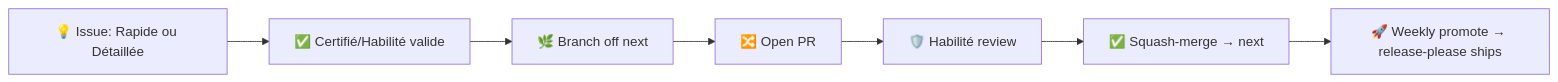
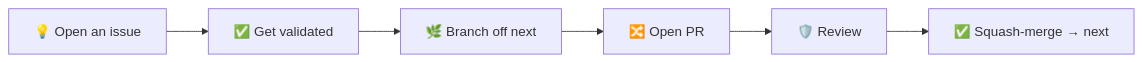
Before and after one commit to ai-driven-dev/aidd-framework: the diagram in CONTRIBUTING.md, drawn with Mermaid. The commit also changed other lines of this file and 4 other files, not shown here.

First line of the commit message:
docs(framework): tighten contribution flow, sync renamed roles

````diff
--- a/CONTRIBUTING.md
+++ b/CONTRIBUTING.md
@@ -5,4 +5,4 @@
 ```mermaid
 flowchart LR
-    Issue["💡 Issue: Rapide ou Détaillée"] --> Validate["✅ Certifié/Habilité valide"] --> Branch["🌿 Branch off next"] --> PR["🔀 Open PR"] --> Review["🛡️ Habilité review"] --> Merge["✅ Squash-merge → next"] --> Release["🚀 Weekly promote → release-please ships"]
+    Issue["💡 Open an issue"] --> Validate["✅ Get validated"] --> Branch["🌿 Branch off next"] --> PR["🔀 Open PR"] --> Review["🛡️ Review"] --> Merge["✅ Squash-merge → next"]
 ```
````
